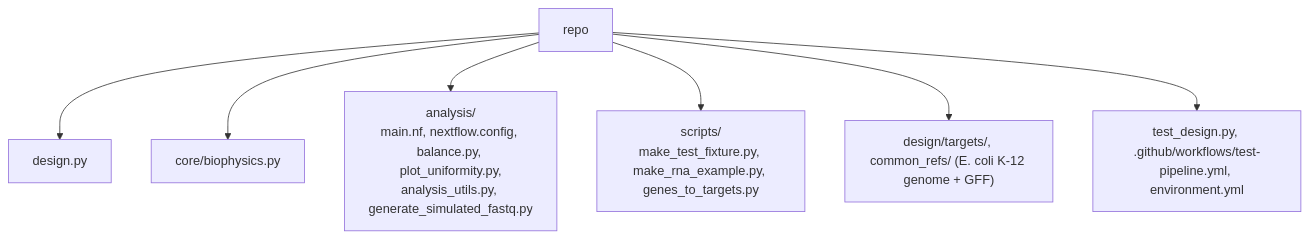
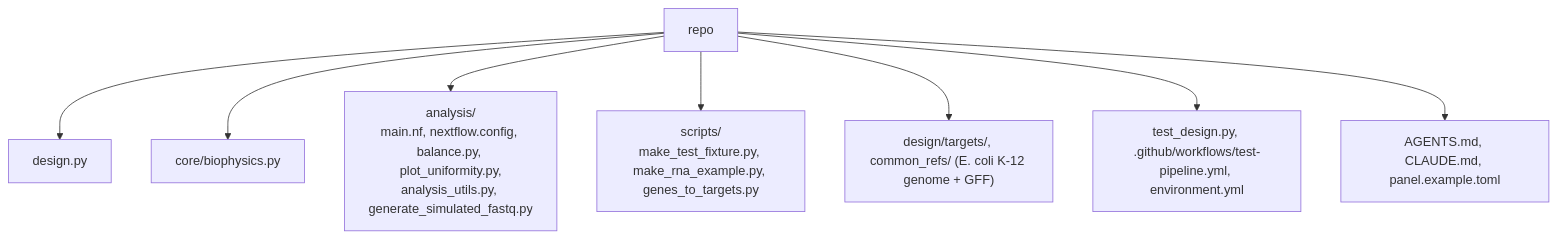
Before and after one commit to AHumanBrain/my_amplicon_project: the ninth of 9 diagrams in README.md, drawn with Mermaid. The commit also changed other lines of this file and 7 other files, not shown here.

````diff
--- a/README.md
+++ b/README.md
@@ -264,9 +288,10 @@
 ```mermaid
 flowchart TD
     R["repo"] --> D["design.py"]
     R --> C["core/biophysics.py"]
     R --> A["analysis/<br/>main.nf, nextflow.config, balance.py, plot_uniformity.py,<br/>analysis_utils.py, generate_simulated_fastq.py"]
     R --> S["scripts/<br/>make_test_fixture.py, make_rna_example.py, genes_to_targets.py"]
     R --> X["design/targets/, common_refs/ (E. coli K-12 genome + GFF)"]
     R --> T["test_design.py, .github/workflows/test-pipeline.yml, environment.yml"]
+    R --> G["AGENTS.md, CLAUDE.md, panel.example.toml"]
 ```
````
